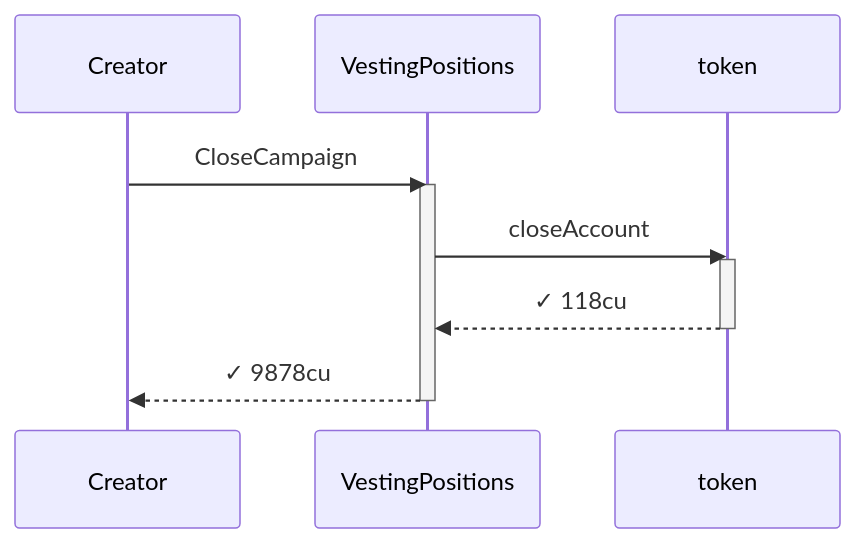
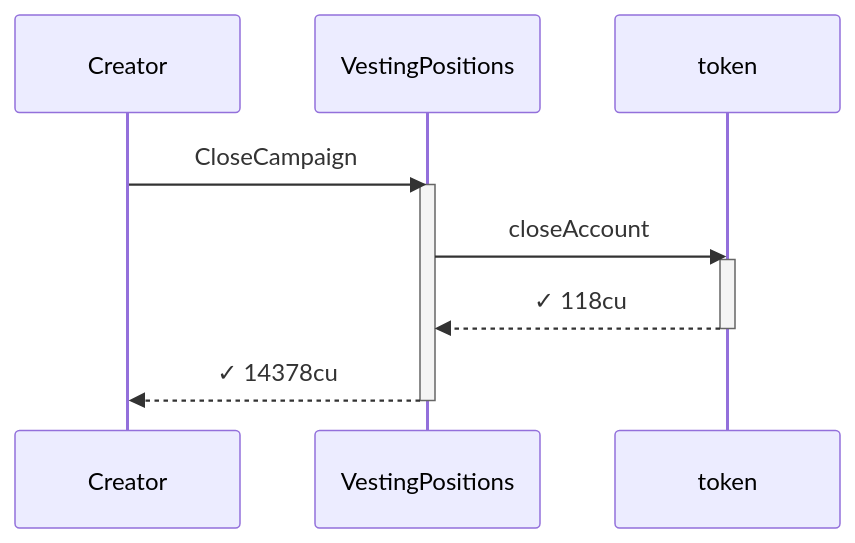
One commit to cds-turbin3/vesting-position changed the tenth of 12 diagrams in babelfish-tests/test-report/close_campaign_succeeds_when_vault_empty.md. Above: the diagram before and after it, drawn with Mermaid. The commit also changed other lines of this file and 106 other files, not shown here.

````diff
--- a/babelfish-tests/test-report/close_campaign_succeeds_when_vault_empty.md
+++ b/babelfish-tests/test-report/close_campaign_succeeds_when_vault_empty.md
@@ -481,14 +495,14 @@
 ```mermaid
 sequenceDiagram
     participant p0 as Creator
     participant p1 as VestingPositions
     participant p2 as token
     p0->>p1: CloseCampaign
     activate p1
     p1->>p2: closeAccount
     activate p2
     p2-->>p1: ✓ 118cu
     deactivate p2
-    p1-->>p0: ✓ 9878cu
+    p1-->>p0: ✓ 14378cu
     deactivate p1
 ```
````
